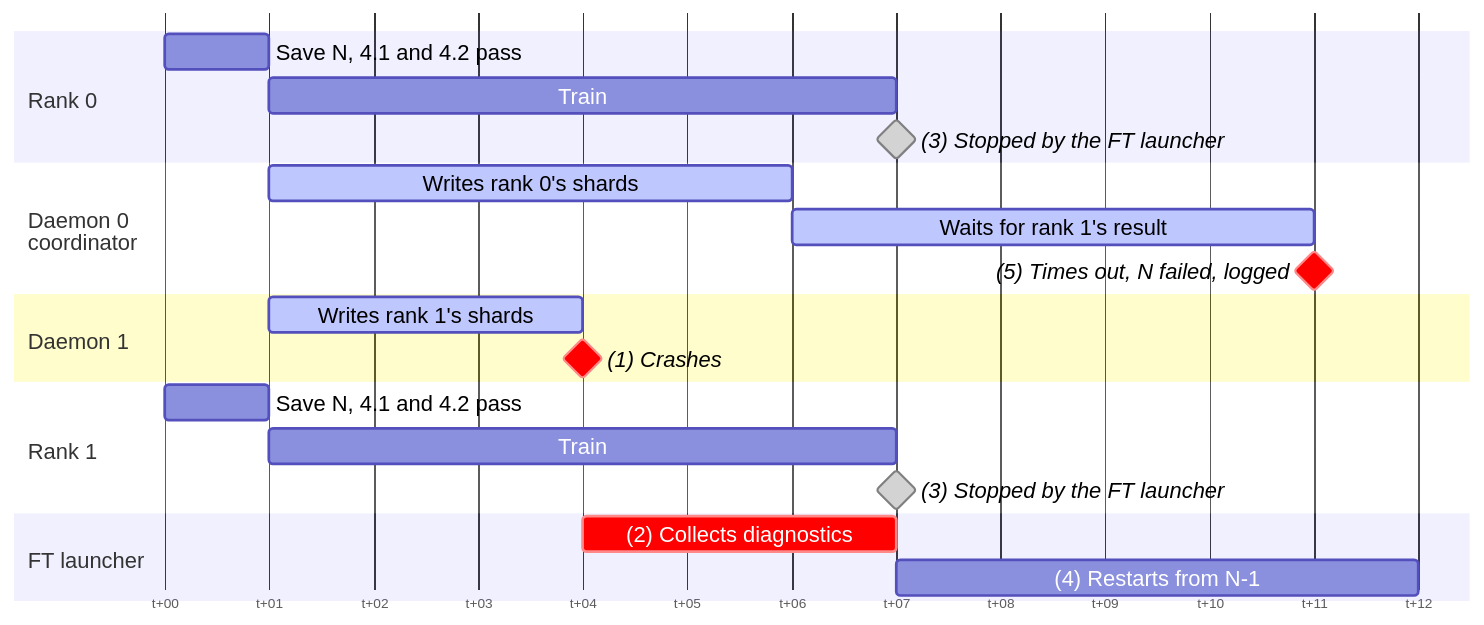
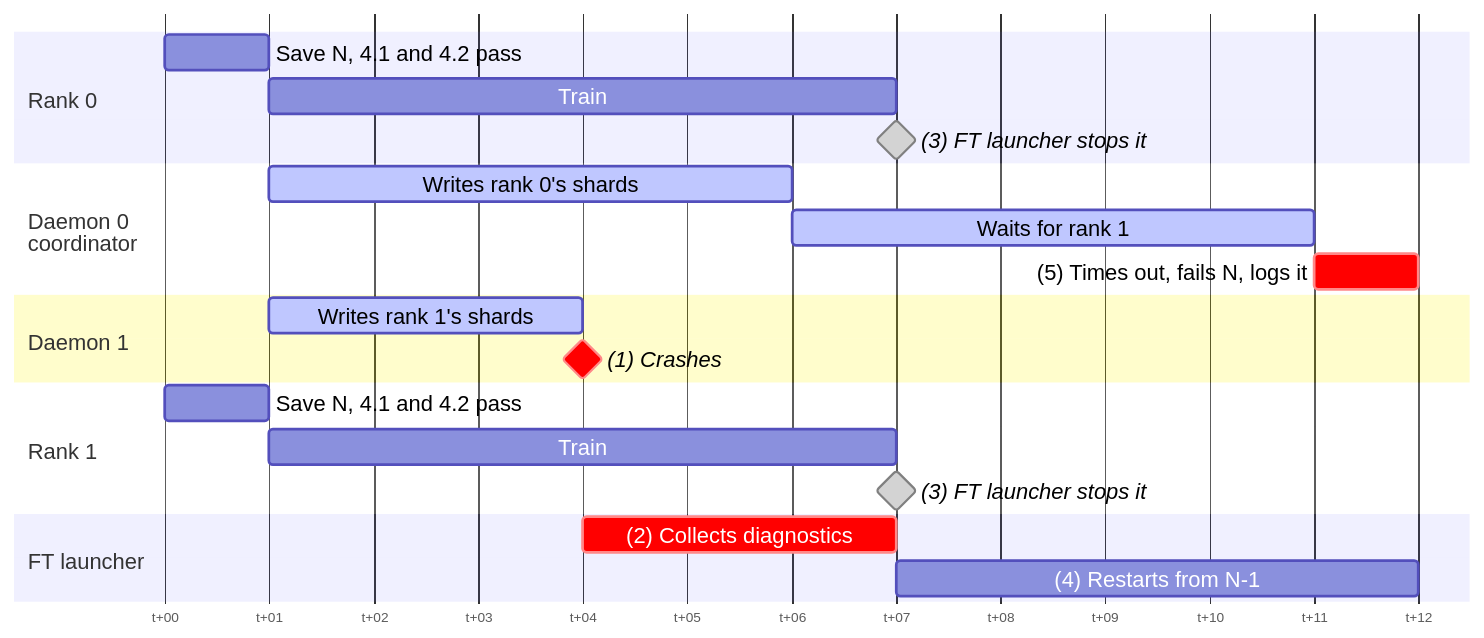
Before and after one commit to ankurv-nvidia/nvrx_checkpointing: diagram 13 of 14 in docs/Design.md, drawn with Mermaid. The commit also changed other lines of this file, not shown here.

Commit message:
Update diagrams

````diff
--- a/docs/Design.md
+++ b/docs/Design.md
@@ -752,30 +748,30 @@
 ```mermaid
-%%{init: {"gantt": {"fontSize": 16, "sectionFontSize": 16, "barHeight": 26, "barGap": 6, "leftPadding": 110, "topPadding": 40}}}%%
+%%{init: {"gantt": {"fontSize": 16, "sectionFontSize": 16, "barHeight": 26, "barGap": 6, "leftPadding": 110, "topPadding": 50}}}%%
 gantt
     dateFormat HH:mm
     axisFormat t+%M
     todayMarker off
 
     section Rank 0
-    Save N, 4.1 and 4.2 pass            :r0a, 00:00, 1m
-    Train                               :r0b, 00:01, 6m
-    (3) Stopped by the FT launcher      :done, milestone, r0c, 00:07, 0m
+    Save N, 4.1 and 4.2 pass                  :r0a, 00:00, 1m
+    Train                                     :r0b, 00:01, 6m
+    (3) FT launcher stops it                  :done, milestone, r0c, 00:07, 0m
 
     section Daemon 0<br>coordinator
-    Writes rank 0's shards              :active, d0a, 00:01, 5m
-    Waits for rank 1's result           :active, d0b, 00:06, 5m
-    (5) Times out, N failed, logged     :crit, milestone, d0c, 00:11, 0m
+    Writes rank 0's shards                    :active, d0a, 00:01, 5m
+    Waits for rank 1                          :active, d0b, 00:06, 5m
+    (5) Times out, fails N, logs it           :crit, d0c, 00:11, 1m
 
     section Daemon 1
-    Writes rank 1's shards              :active, d1a, 00:01, 3m
-    (1) Crashes                         :crit, milestone, d1b, 00:04, 0m
+    Writes rank 1's shards                    :active, d1a, 00:01, 3m
+    (1) Crashes                               :crit, milestone, d1b, 00:04, 0m
 
     section Rank 1
-    Save N, 4.1 and 4.2 pass            :r1a, 00:00, 1m
-    Train                               :r1b, 00:01, 6m
-    (3) Stopped by the FT launcher      :done, milestone, r1c, 00:07, 0m
+    Save N, 4.1 and 4.2 pass                  :r1a, 00:00, 1m
+    Train                                     :r1b, 00:01, 6m
+    (3) FT launcher stops it                  :done, milestone, r1c, 00:07, 0m
 
     section FT launcher
-    (2) Collects diagnostics            :crit, ft1, 00:04, 3m
-    (4) Restarts from N-1               :ft2, 00:07, 5m
+    (2) Collects diagnostics                  :crit, ft1, 00:04, 3m
+    (4) Restarts from N-1                     :ft2, 00:07, 5m
 ```
````
